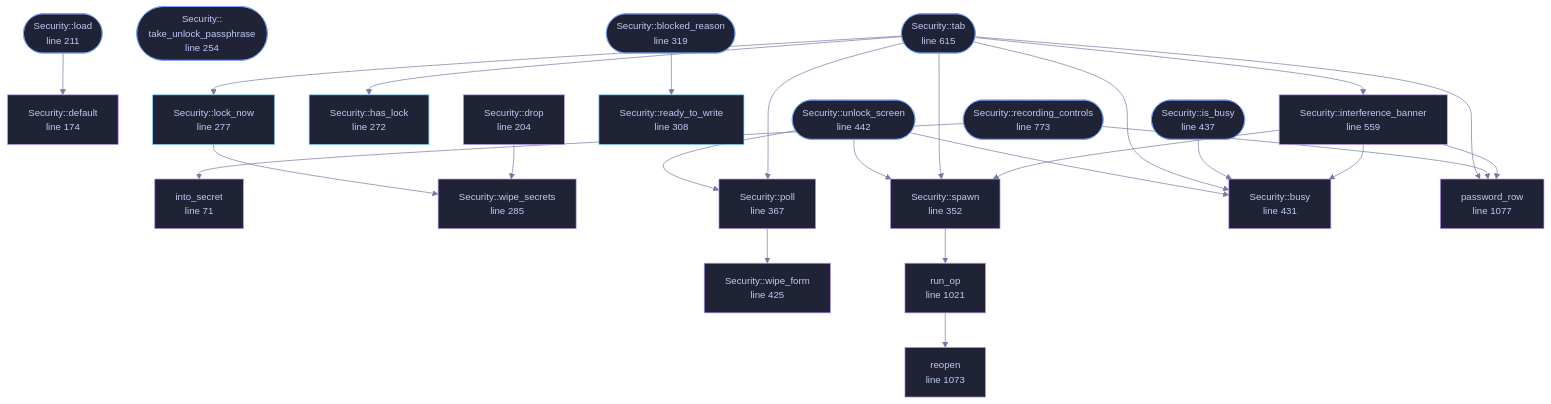
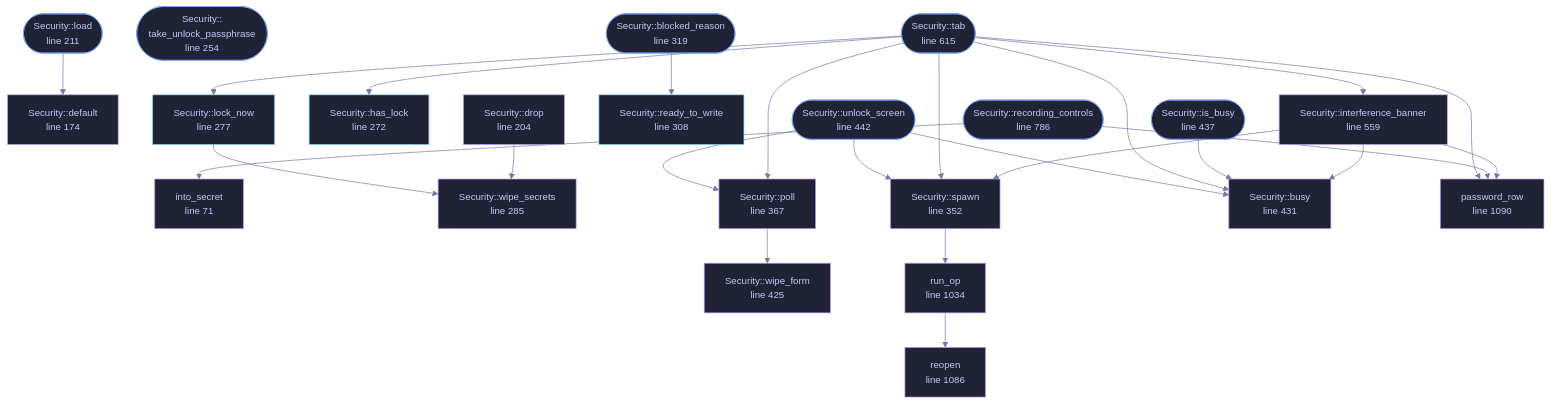
Before and after one commit to tilas01/veilvoice: the diagram in docs/files/veilvoice-gui/security.md, drawn with Mermaid. The commit also changed other lines of this file and 58 other files, not shown here.

````diff
--- a/docs/files/veilvoice-gui/security.md
+++ b/docs/files/veilvoice-gui/security.md
@@ -133,77 +133,77 @@
 ```mermaid
 %%{init: {"theme":"base","themeVariables":{"background":"#1a1b26","primaryColor":"#1f2335","primaryTextColor":"#c0caf5","primaryBorderColor":"#7aa2f7","secondaryColor":"#16161e","tertiaryColor":"#16161e","lineColor":"#737aa2","textColor":"#c0caf5","mainBkg":"#1f2335","nodeBorder":"#7aa2f7","clusterBkg":"#16161e","clusterBorder":"#2f3549","fontFamily":"ui-monospace, SFMono-Regular, Consolas, monospace","fontSize":"14px"}}}%%
 flowchart TD
     n_into_secret["into_secret<br/>line 71"]
     n_default["Security::default<br/>line 174"]
     n_drop["Security::drop<br/>line 204"]
     n_load(["Security::load<br/>line 211"])
     n_take_unlock_passphrase(["Security::<br/>take_unlock_passphrase<br/>line 254"])
     n_has_lock["Security::has_lock<br/>line 272"]
     n_lock_now["Security::lock_now<br/>line 277"]
     n_wipe_secrets["Security::wipe_secrets<br/>line 285"]
     n_ready_to_write["Security::ready_to_write<br/>line 308"]
     n_blocked_reason(["Security::blocked_reason<br/>line 319"])
     n_spawn["Security::spawn<br/>line 352"]
     n_poll["Security::poll<br/>line 367"]
     n_wipe_form["Security::wipe_form<br/>line 425"]
     n_busy["Security::busy<br/>line 431"]
     n_is_busy(["Security::is_busy<br/>line 437"])
     n_unlock_screen(["Security::unlock_screen<br/>line 442"])
     n_interference_banner["Security::interference_banner<br/>line 559"]
     n_tab(["Security::tab<br/>line 615"])
-    n_recording_controls(["Security::recording_controls<br/>line 773"])
-    n_run_op["run_op<br/>line 1021"]
-    n_reopen["reopen<br/>line 1073"]
-    n_password_row["password_row<br/>line 1077"]
+    n_recording_controls(["Security::recording_controls<br/>line 786"])
+    n_run_op["run_op<br/>line 1034"]
+    n_reopen["reopen<br/>line 1086"]
+    n_password_row["password_row<br/>line 1090"]
     n_blocked_reason --> n_ready_to_write
     n_drop --> n_wipe_secrets
     n_interference_banner --> n_busy
     n_interference_banner --> n_password_row
     n_interference_banner --> n_spawn
     n_is_busy --> n_busy
     n_load --> n_default
     n_lock_now --> n_wipe_secrets
     n_poll --> n_wipe_form
     n_recording_controls --> n_into_secret
     n_recording_controls --> n_password_row
     n_run_op --> n_reopen
     n_spawn --> n_run_op
     n_tab --> n_busy
     n_tab --> n_has_lock
     n_tab --> n_interference_banner
     n_tab --> n_lock_now
     n_tab --> n_password_row
     n_tab --> n_poll
     n_tab --> n_spawn
     n_unlock_screen --> n_busy
     n_unlock_screen --> n_poll
     n_unlock_screen --> n_spawn
     click n_into_secret href "https://github.com/tilas01/veilvoice/blob/main/crates/veilvoice-gui/src/security.rs#L71" "open the source"
     click n_default href "https://github.com/tilas01/veilvoice/blob/main/crates/veilvoice-gui/src/security.rs#L174" "open the source"
     click n_drop href "https://github.com/tilas01/veilvoice/blob/main/crates/veilvoice-gui/src/security.rs#L204" "open the source"
     click n_load href "https://github.com/tilas01/veilvoice/blob/main/crates/veilvoice-gui/src/security.rs#L211" "open the source"
     click n_take_unlock_passphrase href "https://github.com/tilas01/veilvoice/blob/main/crates/veilvoice-gui/src/security.rs#L254" "open the source"
     click n_has_lock href "https://github.com/tilas01/veilvoice/blob/main/crates/veilvoice-gui/src/security.rs#L272" "open the source"
     click n_lock_now href "https://github.com/tilas01/veilvoice/blob/main/crates/veilvoice-gui/src/security.rs#L277" "open the source"
     click n_wipe_secrets href "https://github.com/tilas01/veilvoice/blob/main/crates/veilvoice-gui/src/security.rs#L285" "open the source"
     click n_ready_to_write href "https://github.com/tilas01/veilvoice/blob/main/crates/veilvoice-gui/src/security.rs#L308" "open the source"
     click n_blocked_reason href "https://github.com/tilas01/veilvoice/blob/main/crates/veilvoice-gui/src/security.rs#L319" "open the source"
     click n_spawn href "https://github.com/tilas01/veilvoice/blob/main/crates/veilvoice-gui/src/security.rs#L352" "open the source"
     click n_poll href "https://github.com/tilas01/veilvoice/blob/main/crates/veilvoice-gui/src/security.rs#L367" "open the source"
     click n_wipe_form href "https://github.com/tilas01/veilvoice/blob/main/crates/veilvoice-gui/src/security.rs#L425" "open the source"
     click n_busy href "https://github.com/tilas01/veilvoice/blob/main/crates/veilvoice-gui/src/security.rs#L431" "open the source"
     click n_is_busy href "https://github.com/tilas01/veilvoice/blob/main/crates/veilvoice-gui/src/security.rs#L437" "open the source"
     click n_unlock_screen href "https://github.com/tilas01/veilvoice/blob/main/crates/veilvoice-gui/src/security.rs#L442" "open the source"
     click n_interference_banner href "https://github.com/tilas01/veilvoice/blob/main/crates/veilvoice-gui/src/security.rs#L559" "open the source"
     click n_tab href "https://github.com/tilas01/veilvoice/blob/main/crates/veilvoice-gui/src/security.rs#L615" "open the source"
-    click n_recording_controls href "https://github.com/tilas01/veilvoice/blob/main/crates/veilvoice-gui/src/security.rs#L773" "open the source"
-    click n_run_op href "https://github.com/tilas01/veilvoice/blob/main/crates/veilvoice-gui/src/security.rs#L1021" "open the source"
-    click n_reopen href "https://github.com/tilas01/veilvoice/blob/main/crates/veilvoice-gui/src/security.rs#L1073" "open the source"
-    click n_password_row href "https://github.com/tilas01/veilvoice/blob/main/crates/veilvoice-gui/src/security.rs#L1077" "open the source"
+    click n_recording_controls href "https://github.com/tilas01/veilvoice/blob/main/crates/veilvoice-gui/src/security.rs#L786" "open the source"
+    click n_run_op href "https://github.com/tilas01/veilvoice/blob/main/crates/veilvoice-gui/src/security.rs#L1034" "open the source"
+    click n_reopen href "https://github.com/tilas01/veilvoice/blob/main/crates/veilvoice-gui/src/security.rs#L1086" "open the source"
+    click n_password_row href "https://github.com/tilas01/veilvoice/blob/main/crates/veilvoice-gui/src/security.rs#L1090" "open the source"
     classDef entry fill:#1f2335,stroke:#7aa2f7,color:#c0caf5
     class n_load,n_take_unlock_passphrase,n_blocked_reason,n_is_busy,n_unlock_screen,n_tab,n_recording_controls entry
     classDef api fill:#1f2335,stroke:#7dcfff,color:#c0caf5
     class n_has_lock,n_lock_now,n_ready_to_write api
     classDef helper fill:#1f2335,stroke:#bb9af7,color:#c0caf5
     class n_into_secret,n_default,n_drop,n_wipe_secrets,n_spawn,n_poll,n_wipe_form,n_busy,n_interference_banner,n_run_op,n_reopen,n_password_row helper
 ```
````
